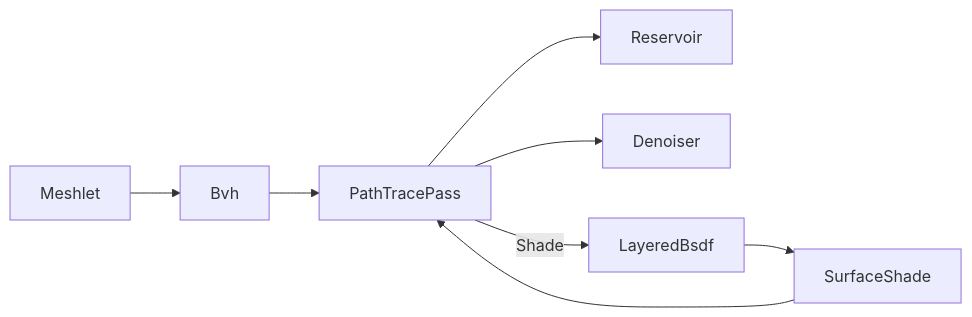
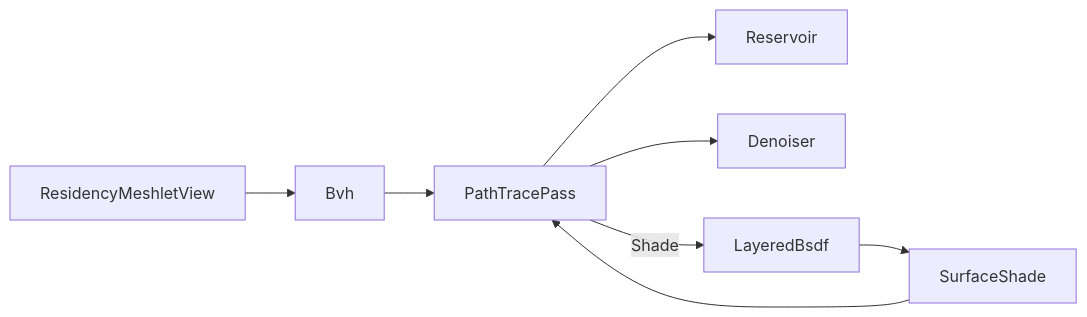
Before and after one commit to bsamiee/Rasm: the diagram in libs/csharp/Rasm.AppUi/.planning/Render/pathtrace.md, drawn with Mermaid. The commit also changed other lines of this file and 194 other files, not shown here.

````diff
--- a/libs/csharp/Rasm.AppUi/.planning/Render/pathtrace.md
+++ b/libs/csharp/Rasm.AppUi/.planning/Render/pathtrace.md
@@ -112,10 +414,10 @@
 ```mermaid
 flowchart LR
-    Meshlet --> Bvh
+    ResidencyMeshletView --> Bvh
     Bvh --> PathTracePass
     PathTracePass --> Reservoir
     PathTracePass --> Denoiser
     PathTracePass -->|Shade| LayeredBsdf
     LayeredBsdf --> SurfaceShade
     SurfaceShade --> PathTracePass
 ```
````
